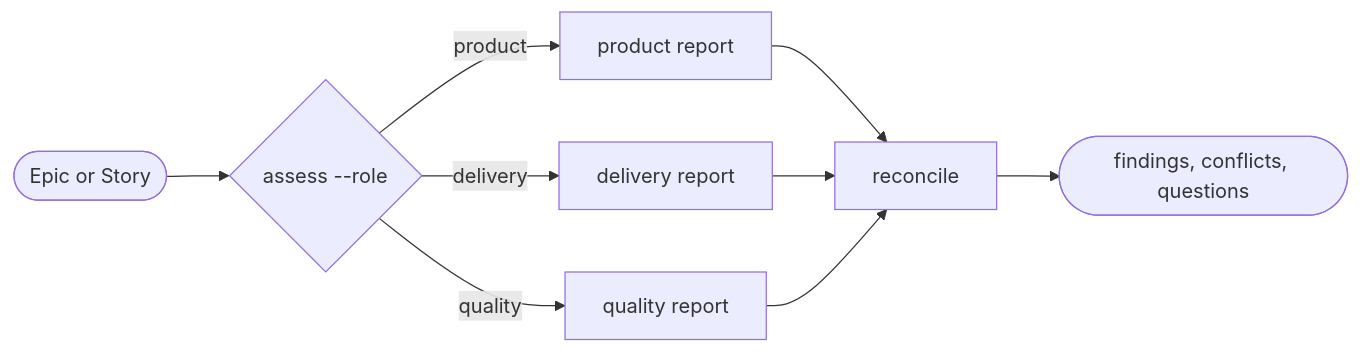
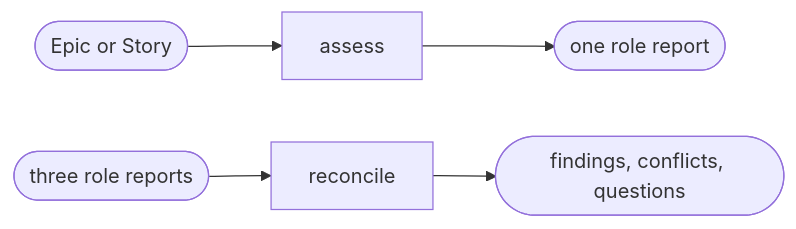
One commit to ai-driven-dev/aidd-framework changed the diagram in plugins/aidd-pm/skills/08-three-amigos/SKILL.md. Above: the diagram before and after it, drawn with Mermaid. The commit also changed other lines of this file and 77 other files, not shown here.

````diff
--- a/plugins/aidd-pm/skills/08-three-amigos/SKILL.md
+++ b/plugins/aidd-pm/skills/08-three-amigos/SKILL.md
@@ -9,11 +9,5 @@
 ```mermaid
 flowchart LR
-  target([Epic or Story]) --> assess{"assess --role"}
-  assess -->|product| product[product report]
-  assess -->|delivery| delivery[delivery report]
-  assess -->|quality| quality[quality report]
-  product --> reconcile
-  delivery --> reconcile
-  quality --> reconcile
-  reconcile --> result([findings, conflicts, questions])
+  target([Epic or Story]) --> assess --> report([one role report])
+  reports([three role reports]) --> reconcile --> result([findings, conflicts, questions])
 ```
````
